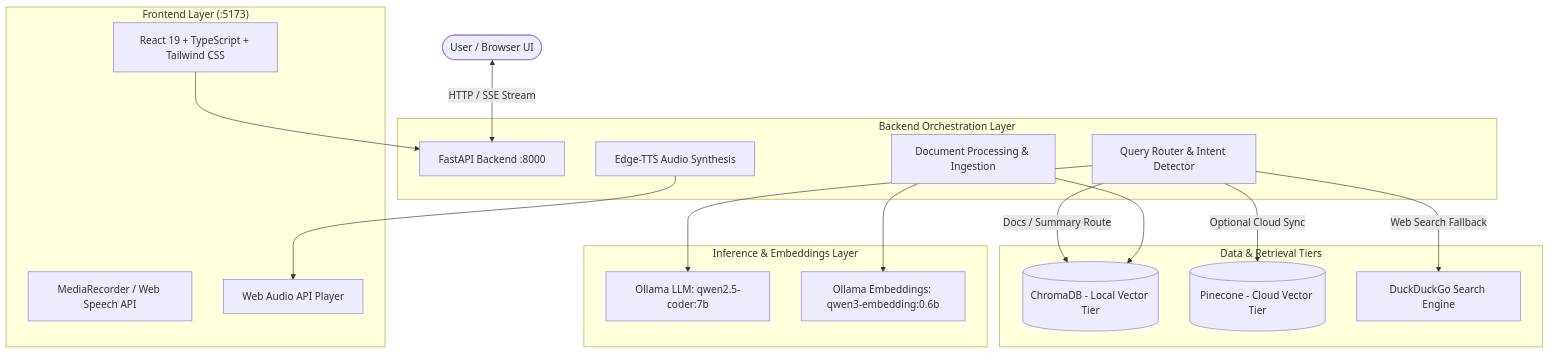
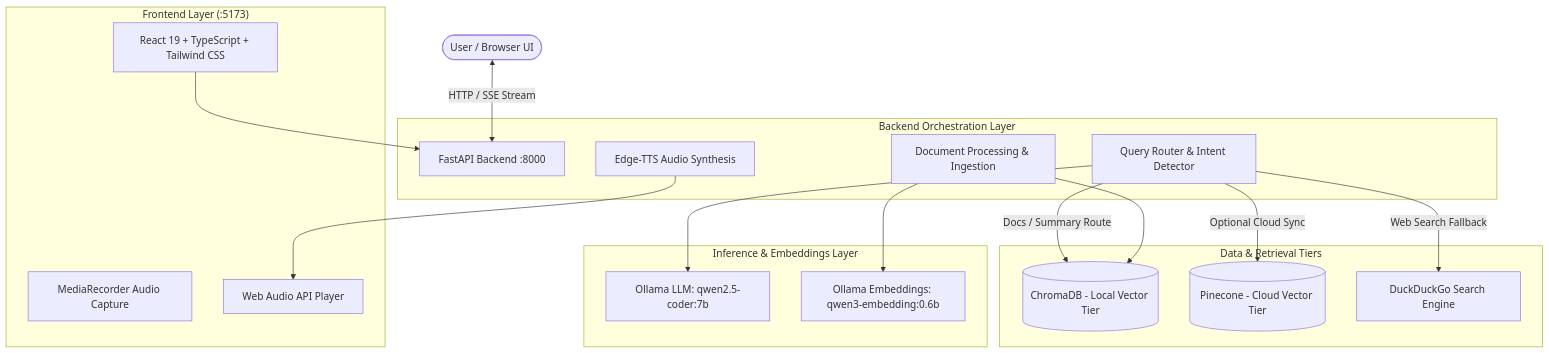
Before and after one commit to conbott/JARVIS: the first of 3 diagrams in docs/ARCHITECTURE.md, drawn with Mermaid. The commit also changed other lines of this file and 7 other files, not shown here.

````diff
--- a/docs/ARCHITECTURE.md
+++ b/docs/ARCHITECTURE.md
@@ -11,37 +11,37 @@
 ```mermaid
 graph TD
     User([User / Browser UI]) <-->|HTTP / SSE Stream| API[FastAPI Backend :8000]
     
     subgraph "Frontend Layer (:5173)"
         UI[React 19 + TypeScript + Tailwind CSS]
-        VoiceIn[MediaRecorder / Web Speech API]
+        VoiceIn[MediaRecorder Audio Capture]
         AudioOut[Web Audio API Player]
     end
 
     subgraph "Backend Orchestration Layer"
         API
         Router[Query Router & Intent Detector]
         DocService[Document Processing & Ingestion]
         VoiceService[Edge-TTS Audio Synthesis]
     end
 
     subgraph "Data & Retrieval Tiers"
         Chroma[(ChromaDB - Local Vector Tier)]
         Pinecone[(Pinecone - Cloud Vector Tier)]
         DDG[DuckDuckGo Search Engine]
     end
 
     subgraph "Inference & Embeddings Layer"
         OllamaLLM[Ollama LLM: qwen2.5-coder:7b]
         OllamaEmbed[Ollama Embeddings: qwen3-embedding:0.6b]
     end
 
     UI --> API
     Router -->|Docs / Summary Route| Chroma
     Router -->|Optional Cloud Sync| Pinecone
     Router -->|Web Search Fallback| DDG
     DocService --> OllamaEmbed
     DocService --> Chroma
     Router --> OllamaLLM
     VoiceService --> AudioOut
 ```
````
